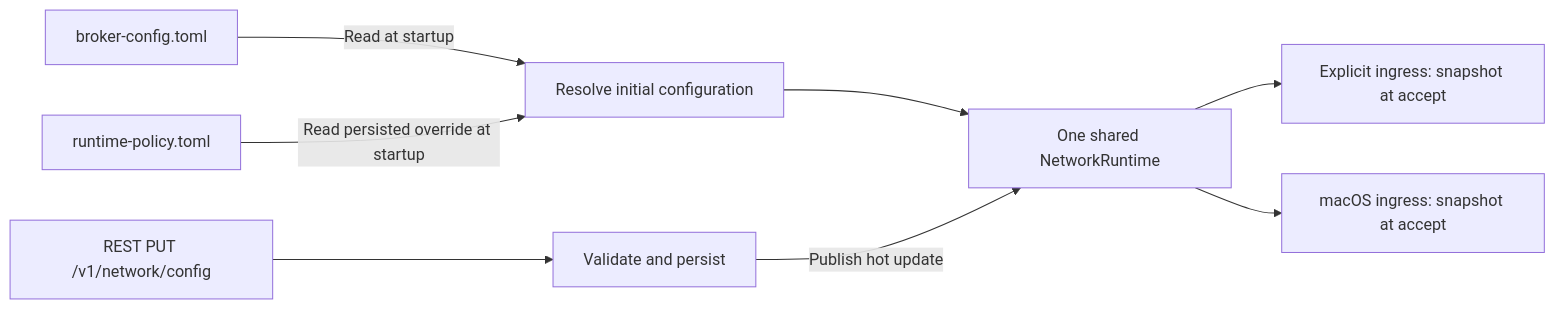
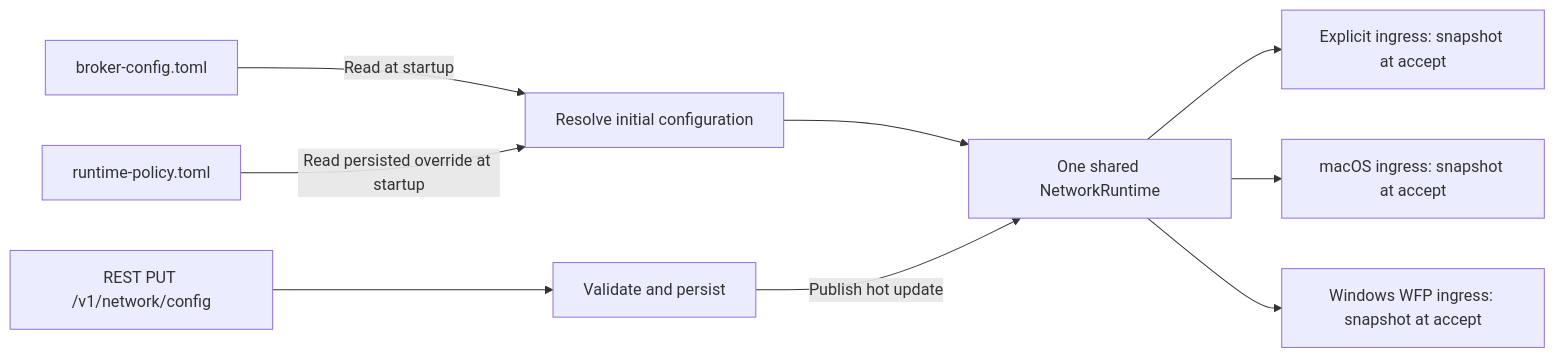
One commit to lexmount/abyss-rs changed the second of 3 diagrams in docs/transparent-upstream-routing.md. Above: the diagram before and after it, drawn with Mermaid. The commit also changed other lines of this file and 23 other files, not shown here.

First line of the commit message:
feat: support Windows WFP upstream proxy chains (#55)

````diff
--- a/docs/transparent-upstream-routing.md
+++ b/docs/transparent-upstream-routing.md
@@ -45,10 +50,11 @@
 ```mermaid
 flowchart LR
     C[broker-config.toml] -->|Read at startup| S[Resolve initial configuration]
     P[runtime-policy.toml] -->|Read persisted override at startup| S
     S --> N[One shared NetworkRuntime]
     A[REST PUT /v1/network/config] --> V[Validate and persist]
     V -->|Publish hot update| N
     N --> E[Explicit ingress: snapshot at accept]
     N --> T[macOS ingress: snapshot at accept]
+    N --> W[Windows WFP ingress: snapshot at accept]
 ```
````
